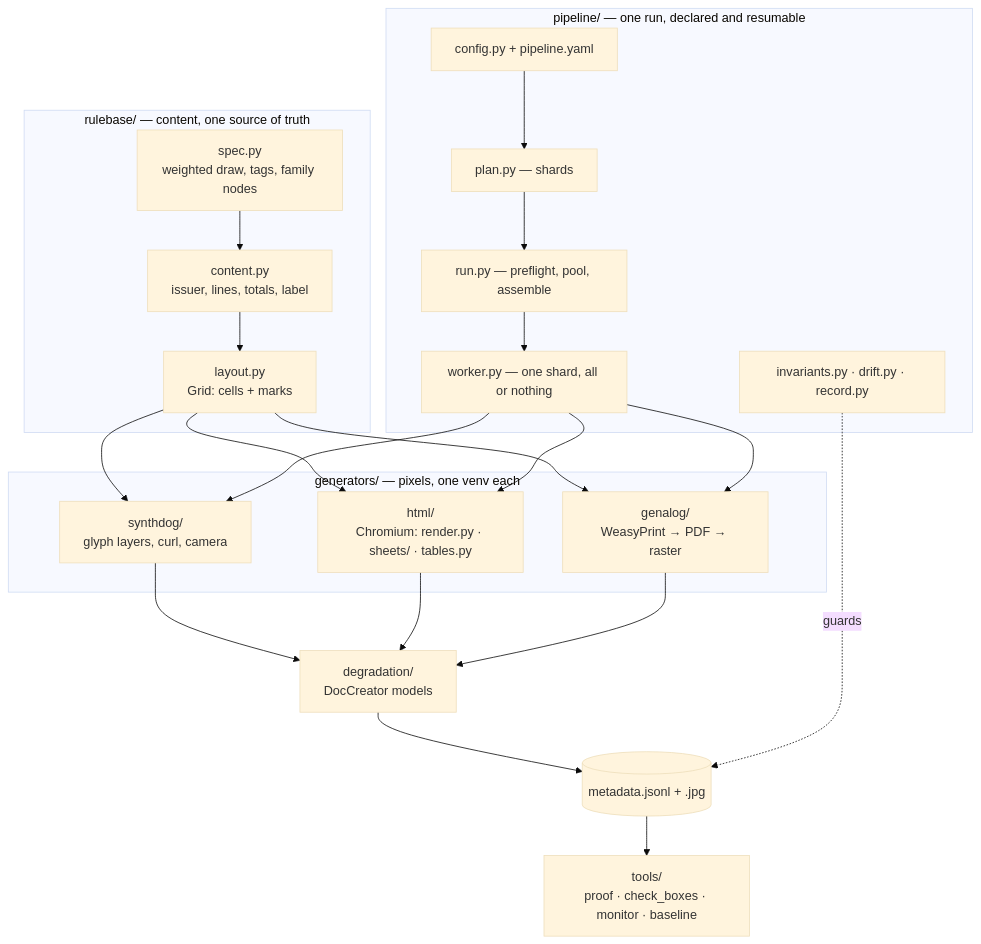
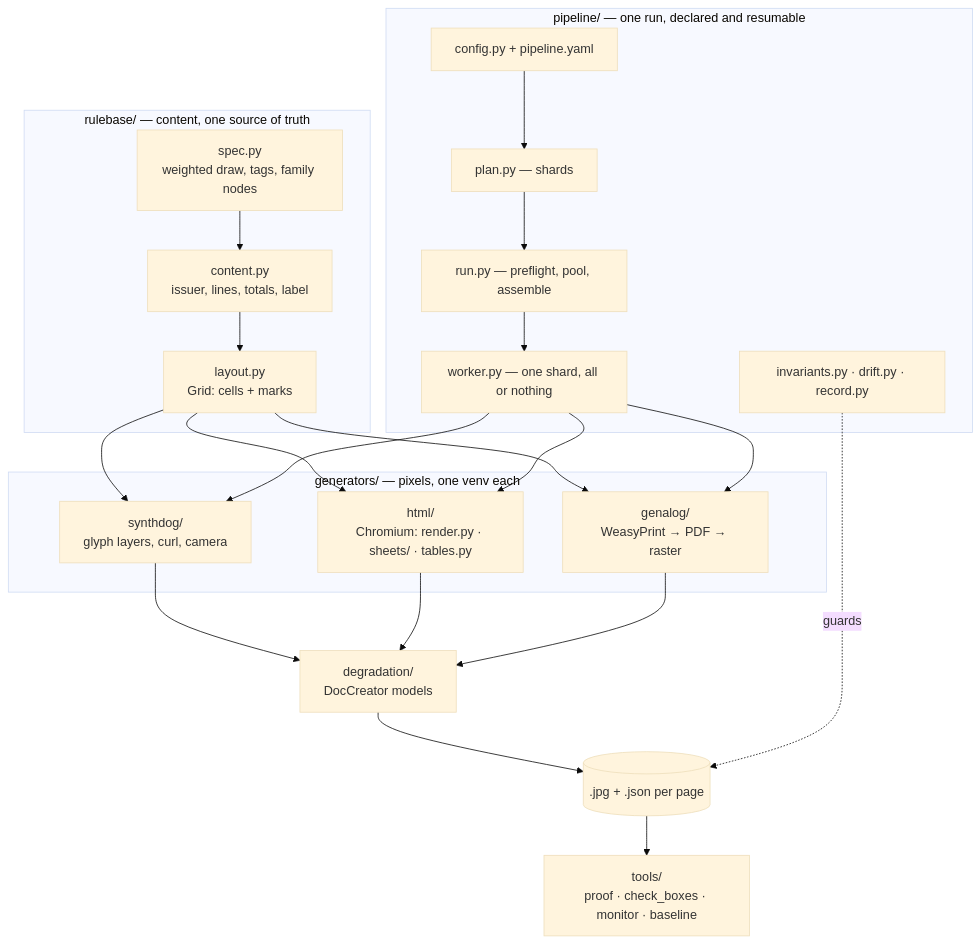
Before and after one commit to LinhPhuong14/vlm-ocr-synthetic: the second of 9 diagrams in README.md, drawn with Mermaid (base theme). The commit also changed other lines of this file and 350 other files, not shown here.

First line of the commit message:
metadata: one record per image, named after it, instead of one index per set

````diff
--- a/README.md
+++ b/README.md
@@ -97,32 +97,32 @@
 ```mermaid
 flowchart TD
     subgraph rulebase["rulebase/ — content, one source of truth"]
         S["spec.py<br/>weighted draw, tags, family nodes"]
         C["content.py<br/>issuer, lines, totals, label"]
         L["layout.py<br/>Grid: cells + marks"]
     end
 
     subgraph backends["generators/ — pixels, one venv each"]
         R1["synthdog/<br/>glyph layers, curl, camera"]
         R2["html/<br/>Chromium: render.py · sheets/ · tables.py"]
         R3["genalog/<br/>WeasyPrint → PDF → raster"]
     end
 
     subgraph orch["pipeline/ — one run, declared and resumable"]
         CF["config.py + pipeline.yaml"]
         PL["plan.py — shards"]
         WK["worker.py — one shard, all or nothing"]
         RN["run.py — preflight, pool, assemble"]
         IV["invariants.py · drift.py · record.py"]
     end
 
     D["degradation/<br/>DocCreator models"]
-    O[("metadata.jsonl + .jpg")]
+    O[(".jpg + .json per page")]
 
     S --> C --> L
     L --> R1 & R2 & R3
     R1 & R2 & R3 --> D --> O
     CF --> PL --> RN --> WK --> R1 & R2 & R3
     IV -.guards.-> O
     O --> T["tools/<br/>proof · check_boxes · monitor · baseline"]
 ```
````
